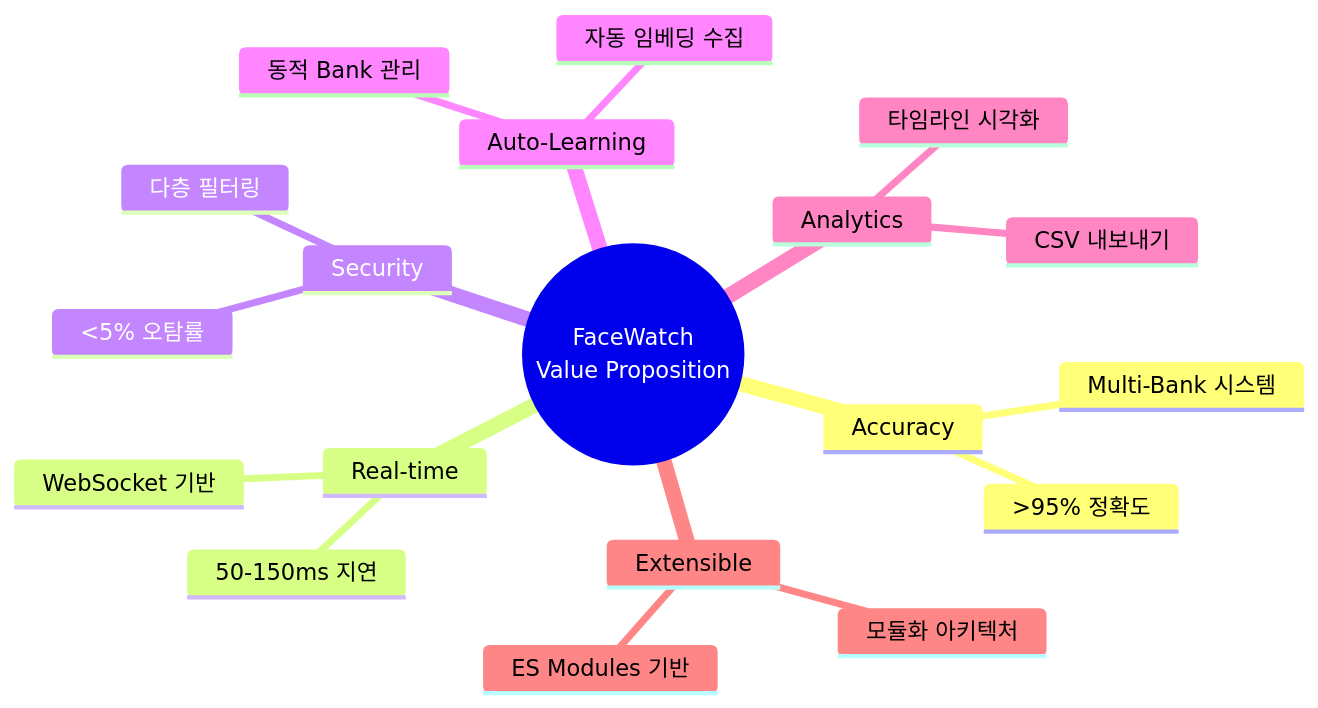
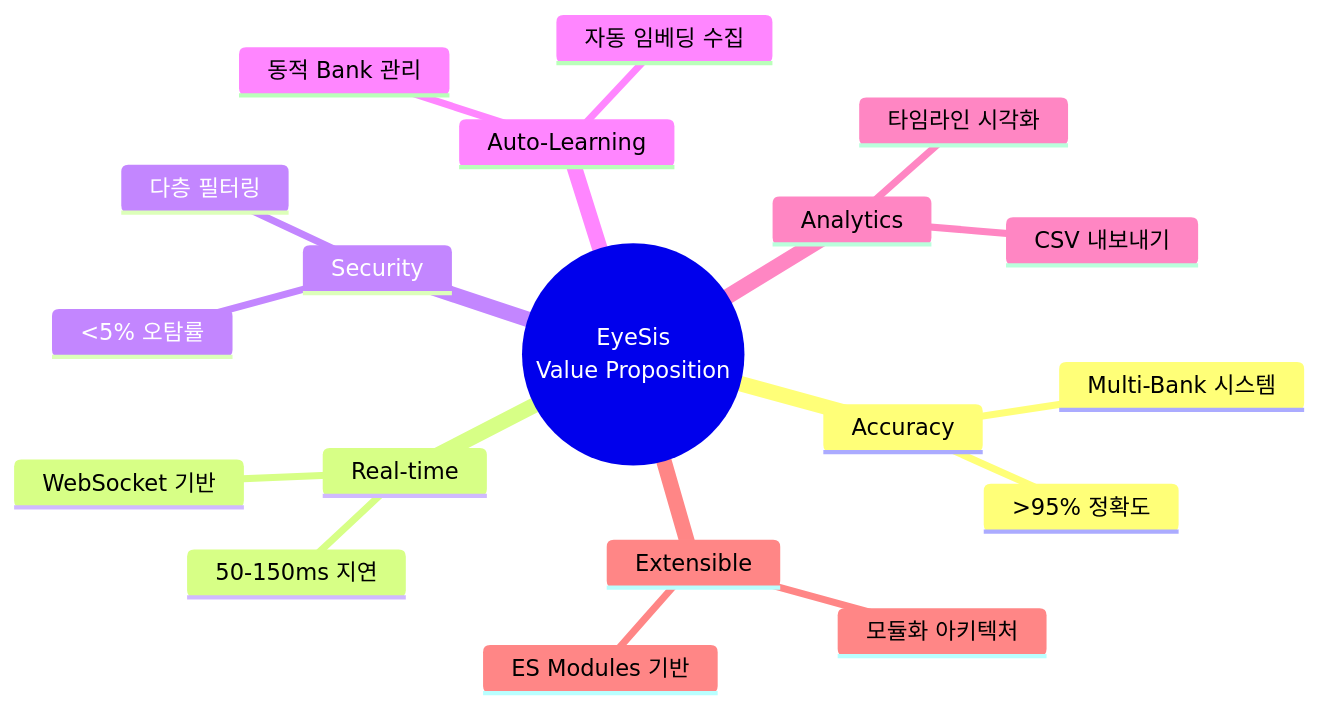
One commit to jongwoo108/EyeSis changed the first of 11 diagrams in PROJECT_PLAN.md. Above: the diagram before and after it, drawn with Mermaid. The commit also changed other lines of this file and 368 other files, not shown here.

````diff
--- a/PROJECT_PLAN.md
+++ b/PROJECT_PLAN.md
@@ -41,22 +41,22 @@
 ```mermaid
 mindmap
-  root((FaceWatch<br/>Value Proposition))
+  root((EyeSis<br/>Value Proposition))
     Accuracy
       >95% 정확도
       Multi-Bank 시스템
     Real-time
       50-150ms 지연
       WebSocket 기반
     Security
       <5% 오탐률
       다층 필터링
     Auto-Learning
       자동 임베딩 수집
       동적 Bank 관리
     Analytics
       타임라인 시각화
       CSV 내보내기
     Extensible
       모듈화 아키텍처
       ES Modules 기반
 ```
````
